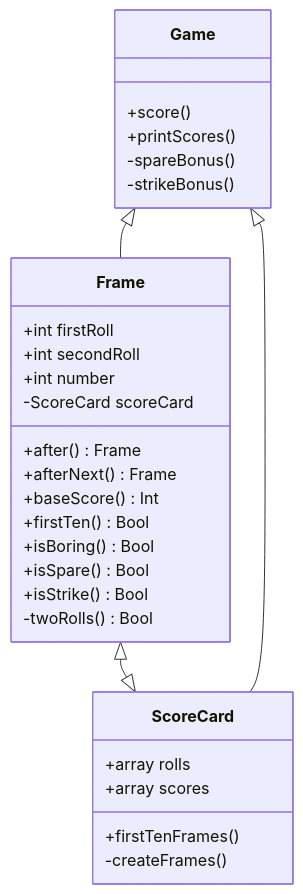
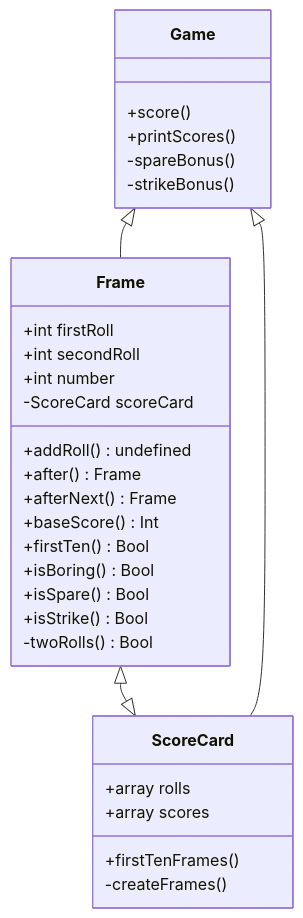
The diagram in CLASSES.md (makersacademy/bowling-challenge), drawn with Mermaid before and after one commit. The commit also changed 1 other file, not shown here.

Commit message:
Adding addRoll() funtion to class diagram

````diff
--- a/CLASSES.md
+++ b/CLASSES.md
@@ -1,38 +1,42 @@
 ```mermaid 
  classDiagram
       class Frame{
           +int firstRoll
           +int secondRoll
           +int number
+
           -ScoreCard scoreCard
           
+          +addRoll() undefined
           +after() Frame
           +afterNext() Frame
           +baseScore() Int
           +firstTen() Bool
           +isBoring() Bool
           +isSpare() Bool
           +isStrike() Bool
 
           -twoRolls() Bool
       }
 
       class ScoreCard{
           +array rolls
           +array scores
 
           +firstTenFrames()
+
           -createFrames()
       }
 
       class Game{
         +score()
         +printScores()
+        
         -spareBonus()
         -strikeBonus()
       }
 
       Frame <|--|> ScoreCard
       Game <|-- Frame
       Game <|-- ScoreCard
 ```
````
